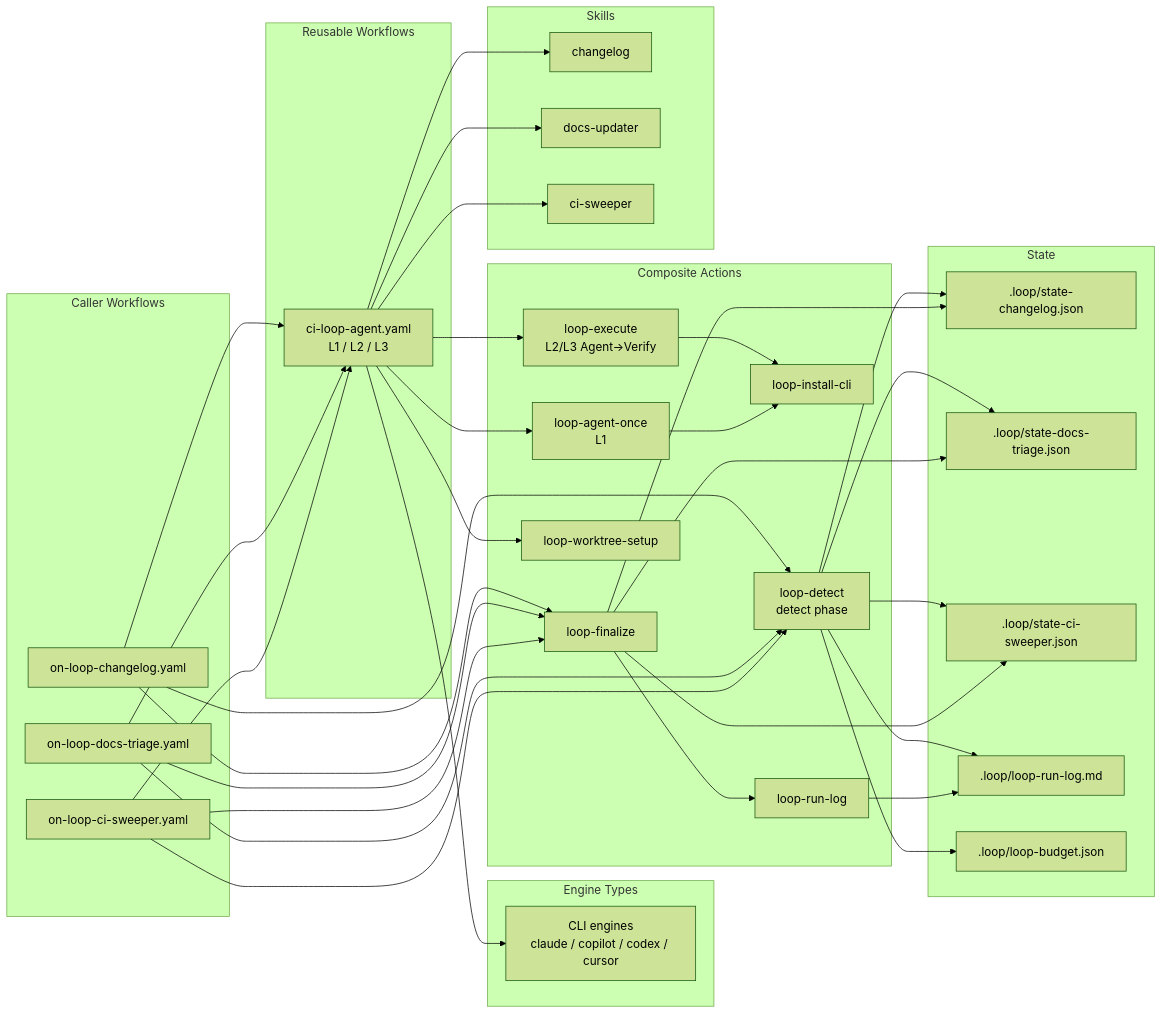
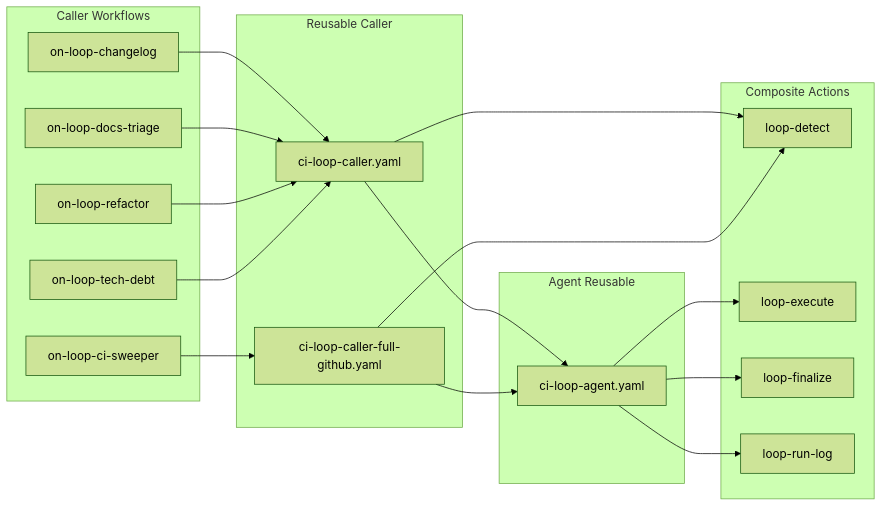
One commit to y-miyazaki/config changed the second of 3 diagrams in docs/explanation/loop-engineering/loop-engineering-design.md. Above: the diagram before and after it, drawn with Mermaid (forest theme). The commit also changed other lines of this file and 273 other files, not shown here.

````diff
--- a/docs/explanation/loop-engineering/loop-engineering-design.md
+++ b/docs/explanation/loop-engineering/loop-engineering-design.md
@@ -269,76 +271,39 @@
 ```mermaid
 graph LR
-    %% Caller Workflows
     subgraph callers["Caller Workflows"]
-        CW1[on-loop-changelog.yaml]
-        CW2[on-loop-docs-triage.yaml]
-        CW3[on-loop-ci-sweeper.yaml]
+        CW1[on-loop-changelog]
+        CW2[on-loop-docs-triage]
+        CW3[on-loop-ci-sweeper]
+        CW4[on-loop-refactor]
+        CW5[on-loop-tech-debt]
     end
 
-    %% Reusable Workflows
-    subgraph reusable["Reusable Workflows"]
-        RW1[ci-loop-agent.yaml<br/>L1 / L2 / L3]
+    subgraph caller_reusable["Reusable Caller"]
+        RC1[ci-loop-caller.yaml]
+        RC2[ci-loop-caller-full-github.yaml]
     end
 
-    %% Engine Strategies
-    subgraph engines["Engine Types"]
-        E1[CLI engines<br/>claude / copilot / codex / cursor]
+    subgraph agent_reusable["Agent Reusable"]
+        RW1[ci-loop-agent.yaml]
     end
 
-    %% Composite Actions
     subgraph actions["Composite Actions"]
-        CA0[loop-detect<br/>detect phase]
-        CA1[loop-agent-once<br/>L1]
-        CA2[loop-execute<br/>L2/L3 Agent→Verify]
+        CA0[loop-detect]
+        CA2[loop-execute]
         CA3[loop-finalize]
-        CA8[loop-worktree-setup]
-        CA9[loop-install-cli]
         CA10[loop-run-log]
     end
 
-    %% Skills
-    subgraph skills["Skills"]
-        SK1[changelog]
-        SK2[docs-updater]
-        SK3[ci-sweeper]
-    end
-
-    %% State
-    subgraph state["State"]
-        ST1[.loop/state-changelog.json]
-        ST2[.loop/state-docs-triage.json]
-        ST3[.loop/state-ci-sweeper.json]
-        ST4[.loop/loop-run-log.md]
-        ST5[.loop/loop-budget.json]
-    end
-
-    %% Relationships
-    CW1 --> RW1
-    CW2 --> RW1
-    CW3 --> RW1
-    CW1 --> CA0
-    CW2 --> CA0
-    CW3 --> CA0
-    CW1 --> CA3
-    CW2 --> CA3
-    CW3 --> CA3
-    CA0 --> ST1
-    CA0 --> ST2
-    CA0 --> ST3
-    CA0 --> ST4
-    CA0 --> ST5
-    RW1 --> E1
-    RW1 --> CA1
+    CW1 --> RC1
+    CW2 --> RC1
+    CW4 --> RC1
+    CW5 --> RC1
+    CW3 --> RC2
+    RC1 --> CA0
+    RC2 --> CA0
+    RC1 --> RW1
+    RC2 --> RW1
     RW1 --> CA2
-    RW1 --> CA8
-    CA2 --> CA9
-    CA1 --> CA9
-    RW1 --> SK1
-    RW1 --> SK2
-    RW1 --> SK3
-    CA3 --> CA10
-    CA3 --> ST1
-    CA3 --> ST2
-    CA3 --> ST3
-    CA10 --> ST4
+    RW1 --> CA3
+    RW1 --> CA10
 ```
````
